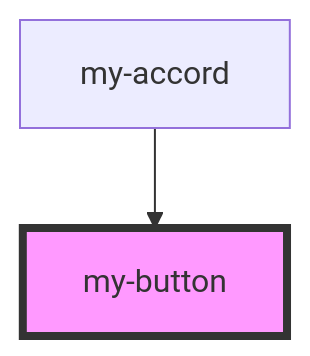
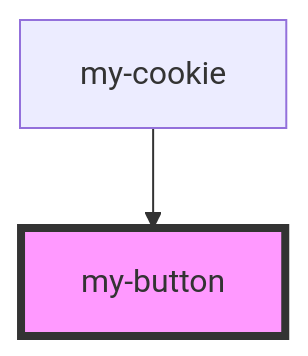
The diagram in src/components/my-button/readme.md (pxcemaker/stencil-starter-on), drawn with Mermaid before and after one commit. The commit also changed other lines of this file and 10 other files, not shown here.

````diff
--- a/src/components/my-button/readme.md
+++ b/src/components/my-button/readme.md
@@ -22,5 +22,5 @@
 ```mermaid
 graph TD;
-  my-accord --> my-button
+  my-cookie --> my-button
   style my-button fill:#f9f,stroke:#333,stroke-width:4px
 ```
````
